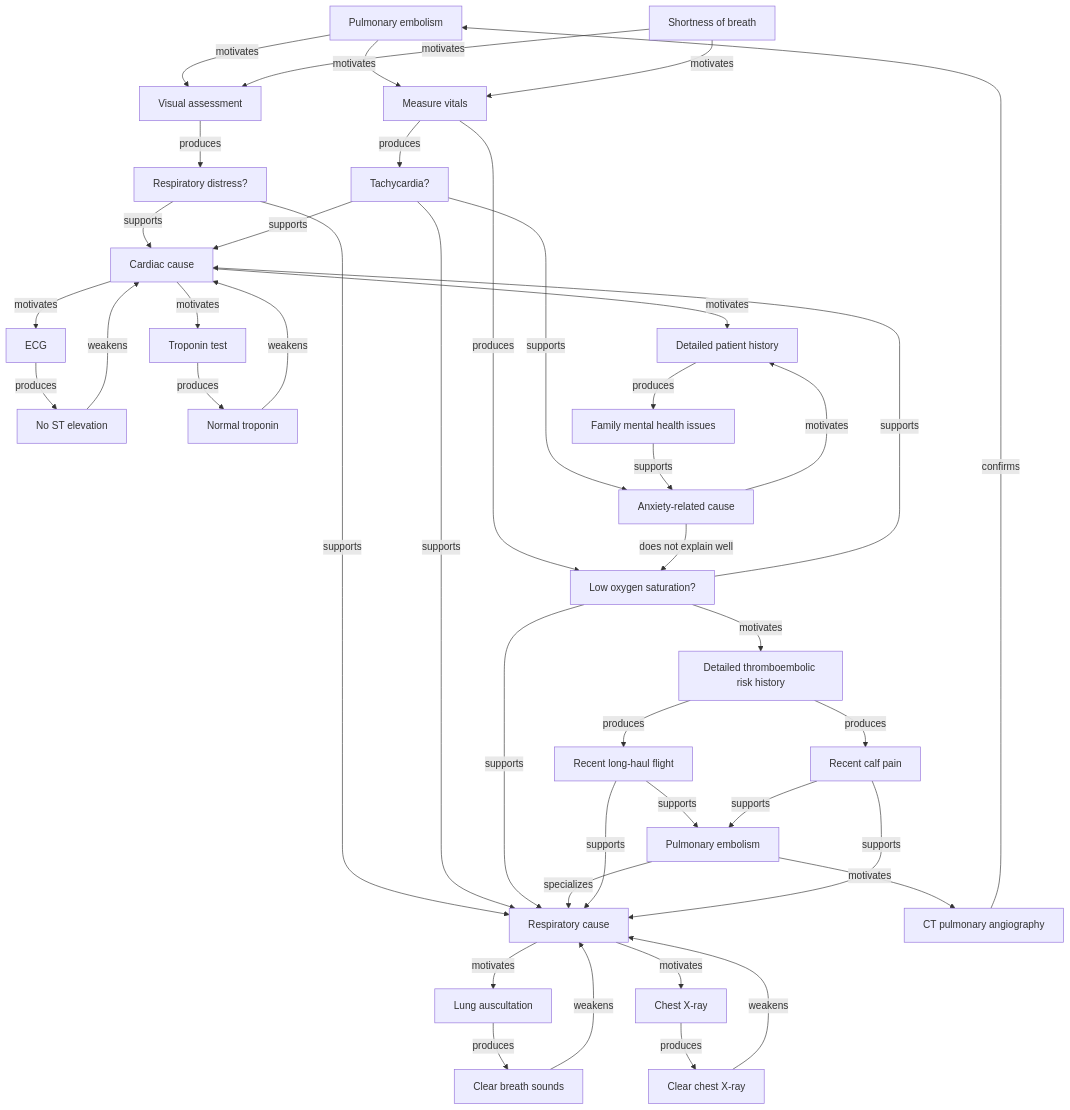
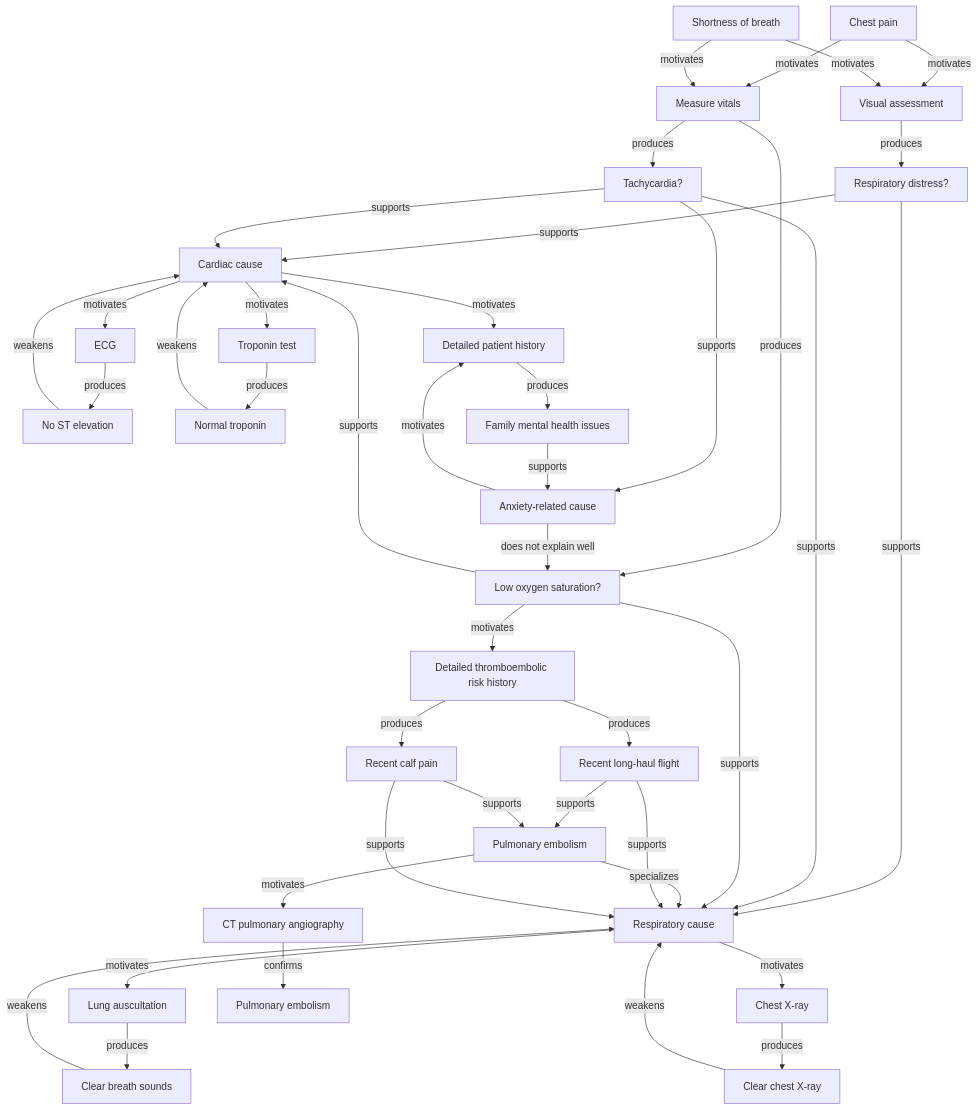
Before and after one commit to kahunacohen/why: the diagram in diagrams/medical.mmd, drawn with Mermaid. The commit also changed 1 other file, not shown here.

```diff
--- a/diagrams/medical.mmd
+++ b/diagrams/medical.mmd
@@ -1,143 +1,143 @@
 flowchart TD
 
 %% =====================================================
 %% Initial presentation
 %% =====================================================
 
-C1["Chest pain"]
-C2["Shortness of breath"]
+T1["Chest pain"]
+T2["Shortness of breath"]
 
 %% =====================================================
 %% Initial investigation
 %% =====================================================
 
 A1["Visual assessment"]
 A2["Measure vitals"]
 
-C1 -->|motivates| A1
-C2 -->|motivates| A1
+T1 -->|motivates| A1
+T2 -->|motivates| A1
 
-C1 -->|motivates| A2
-C2 -->|motivates| A2
+T1 -->|motivates| A2
+T2 -->|motivates| A2
 
 %% =====================================================
 %% Initial observations
 %% =====================================================
 
 O1["Respiratory distress?"]
 O2["Tachycardia?"]
 O3["Low oxygen saturation?"]
 
 A1 -->|produces| O1
 
 A2 -->|produces| O2
 A2 -->|produces| O3
 
 %% =====================================================
 %% Initial hypotheses
 %% =====================================================
 
 H1["Respiratory cause"]
 H2["Cardiac cause"]
 H3["Anxiety-related cause"]
 
 O1 -->|supports| H1
 O1 -->|supports| H2
 
 O2 -->|supports| H1
 O2 -->|supports| H2
 O2 -->|supports| H3
 
 O3 -->|supports| H1
 O3 -->|supports| H2
 
 %% =====================================================
 %% Follow-up actions
 %% =====================================================
 
 A3["ECG"]
 A4["Troponin test"]
 
 A5["Lung auscultation"]
 A6["Chest X-ray"]
 
 A7["Detailed patient history"]
 
 H2 -->|motivates| A3
 H2 -->|motivates| A4
 
 H1 -->|motivates| A5
 H1 -->|motivates| A6
 
 H2 -->|motivates| A7
 H3 -->|motivates| A7
 
 %% =====================================================
 %% Follow-up observations
 %% =====================================================
 
 O4["No ST elevation"]
 O6["Normal troponin"]
 
 O7["Clear chest X-ray"]
 O8["Clear breath sounds"]
 
 O5["Family mental health issues"]
 
 A3 -->|produces| O4
 A4 -->|produces| O6
 
 A6 -->|produces| O7
 A5 -->|produces| O8
 
 A7 -->|produces| O5
 
 %% =====================================================
 %% Evidence updates hypotheses
 %% =====================================================
 
 O4 -->|weakens| H2
 O6 -->|weakens| H2
 
 O7 -->|weakens| H1
 O8 -->|weakens| H1
 
 O5 -->|supports| H3
 
 %% =====================================================
 %% Unexplained low oxygen saturation
 %% =====================================================
 
 A8["Detailed thromboembolic risk history"]
 
 H3 -->|does not explain well| O3
 O3 -->|motivates| A8
 
 %% =====================================================
 %% Additional risk-factor observations
 %% =====================================================
 
 O9["Recent long-haul flight"]
 O10["Recent calf pain"]
 
 A8 -->|produces| O9
 A8 -->|produces| O10
 
 %% =====================================================
 %% Refined hypothesis
 %% =====================================================
 
 H4["Pulmonary embolism"]
 
 H4 -->|specializes| H1
 
 O9 -->|supports| H1
 O10 -->|supports| H1
 
 O9 -->|supports| H4
 O10 -->|supports| H4
 A9["CT pulmonary angiography"]
 H4 --> |motivates| A9
 
-C1["Pulmonary embolism"]
-A9 --> |confirms| C1
+Conc1["Pulmonary embolism"]
+A9 --> |confirms| Conc1
```
